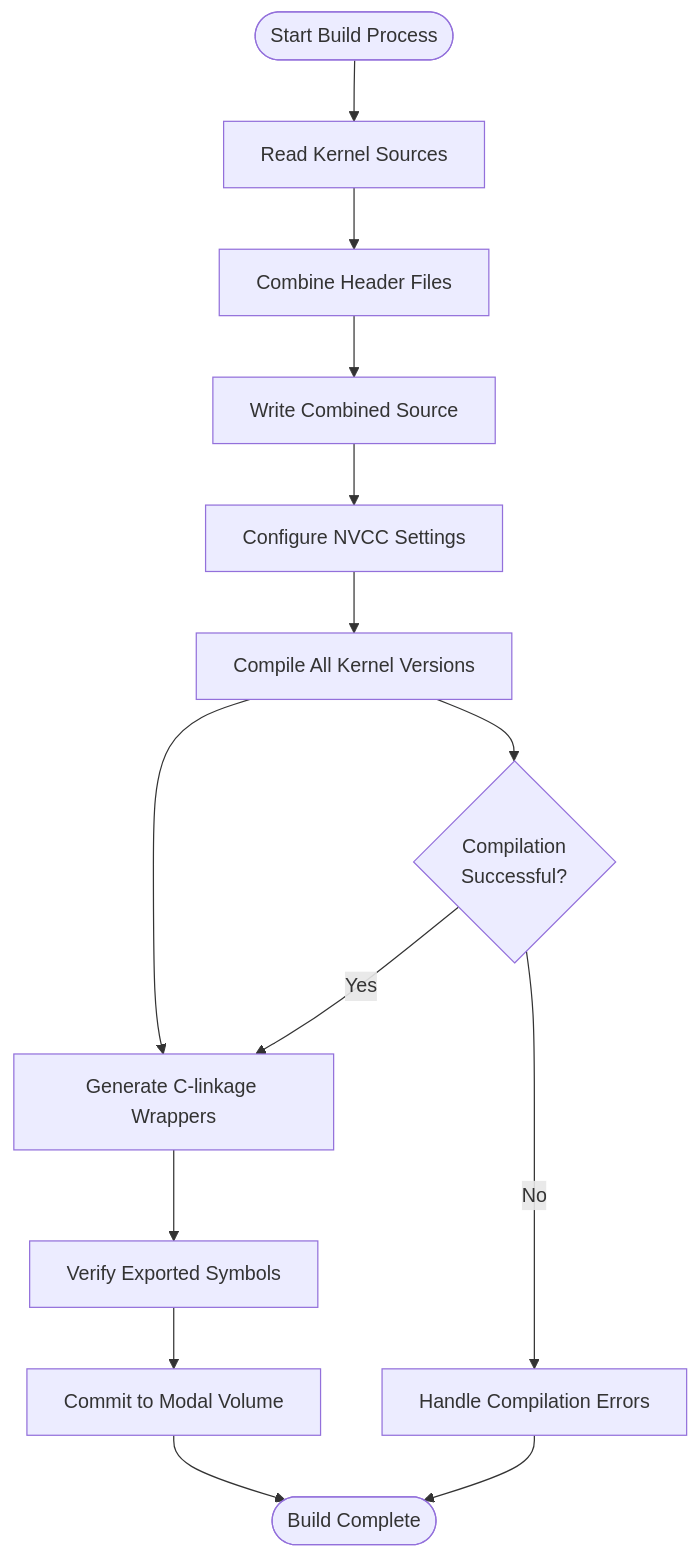
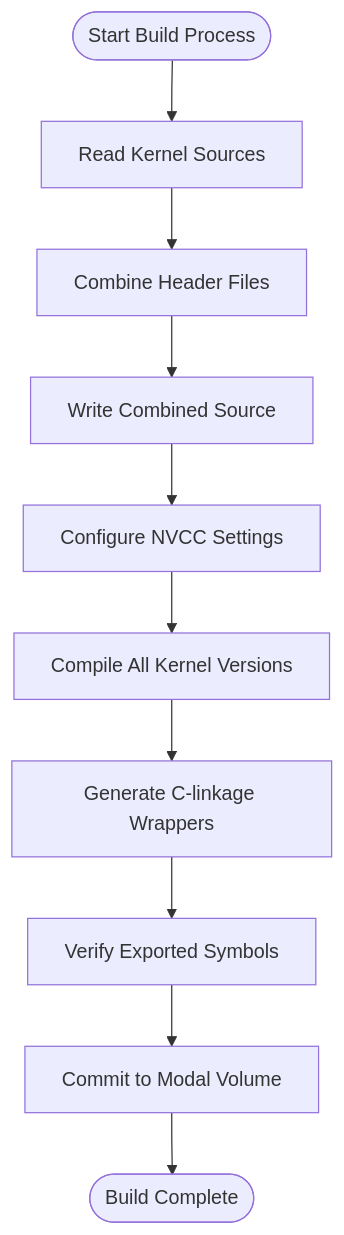
One commit to gugudeshubao/flashinfer-bench-tma-thrust changed the ninth of 12 diagrams in .qoder/repowiki/en/content/Benchmarking Framework/Enhanced Benchmarking Framework.md. Above: the diagram before and after it, drawn with Mermaid. The commit also changed other lines of this file and 46 other files, not shown here.

````diff
--- a/.qoder/repowiki/en/content/Benchmarking Framework/Enhanced Benchmarking Framework.md
+++ b/.qoder/repowiki/en/content/Benchmarking Framework/Enhanced Benchmarking Framework.md
@@ -248,16 +503,12 @@
 ```mermaid
 flowchart TD
 Start([Start Build Process]) --> ReadSources["Read Kernel Sources"]
 ReadSources --> CombineHeaders["Combine Header Files"]
 CombineHeaders --> WriteCombined["Write Combined Source"]
 WriteCombined --> ConfigureCUDA["Configure NVCC Settings"]
 ConfigureCUDA --> CompileKernels["Compile All Kernel Versions"]
 CompileKernels --> CreateWrapper["Generate C-linkage Wrappers"]
 CreateWrapper --> VerifySymbols["Verify Exported Symbols"]
 VerifySymbols --> CommitVolume["Commit to Modal Volume"]
 CommitVolume --> End([Build Complete])
-CompileKernels --> CheckErrors{"Compilation<br/>Successful?"}
-CheckErrors --> |No| ErrorHandling["Handle Compilation Errors"]
-CheckErrors --> |Yes| CreateWrapper
-ErrorHandling --> End
 ```
````
